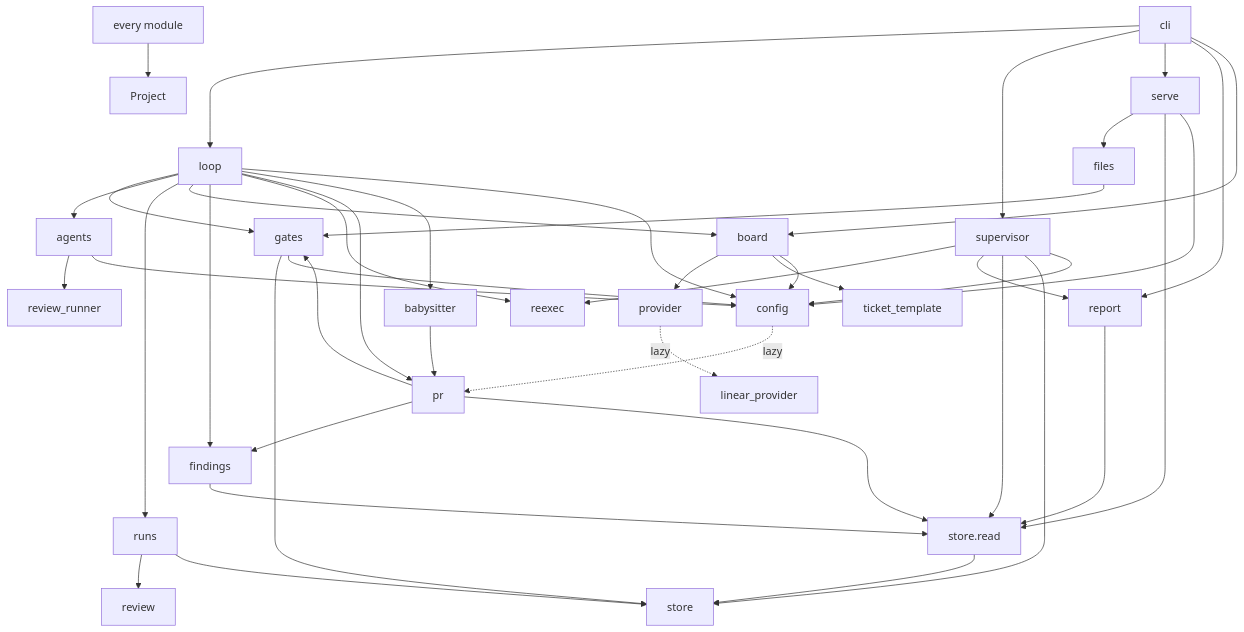
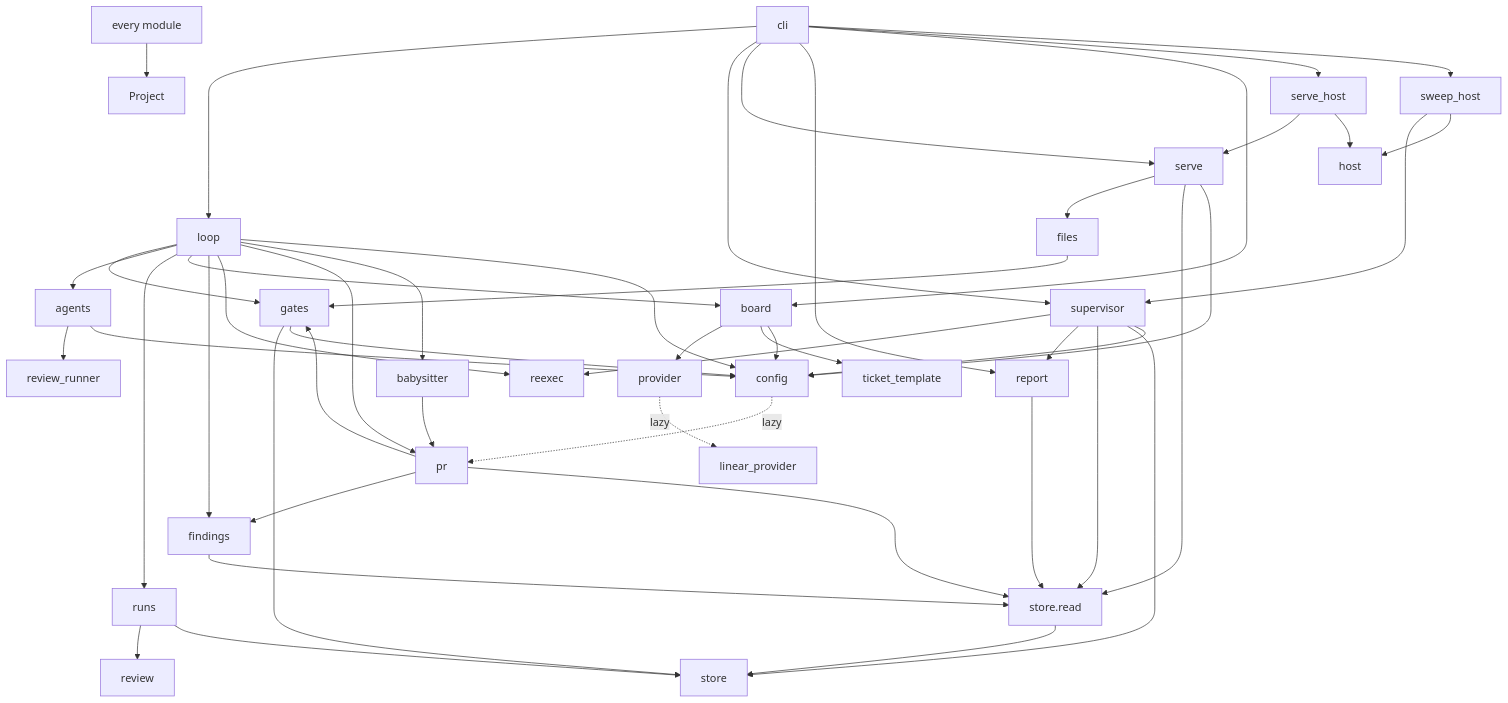
One commit to wevial/holophyte changed the diagram in docs/architecture/components.md. Above: the diagram before and after it, drawn with Mermaid. The commit also changed other lines of this file and 15 other files, not shown here.

First line of the commit message:
consolidation stage 4: operating, hosts, http, daemon, config and architecture docs for one daemon per host

````diff
--- a/docs/architecture/components.md
+++ b/docs/architecture/components.md
@@ -27,45 +28,51 @@
 ```mermaid
 flowchart TB
   cli[cli] --> loop
   cli --> supervisor
   cli --> serve
   cli --> report
   cli --> board
   loop --> gates
   loop --> agents
   loop --> runs
   loop --> board
   loop --> findings
   loop --> reexec
   loop --> pr
   loop --> babysitter
   babysitter --> pr
   pr --> findings
   pr --> gates
   pr --> read
   files --> gates
   serve --> files
   config -.lazy.-> pr
   supervisor --> reexec
   supervisor --> report
   agents --> review_runner[review_runner]
   runs --> review
   runs --> store
   gates --> store
   board --> provider
   board --> ticket_template[ticket_template]
   provider -.lazy.-> linear_provider[linear_provider]
   findings --> read[store.read]
   report --> read
   serve --> read
   supervisor --> read
   supervisor --> store
   read --> store
   loop --> config
   supervisor --> config
   serve --> config
   gates --> config
   agents --> config
   board --> config
+  cli --> serve_host
+  cli --> sweep_host
+  serve_host --> serve
+  serve_host --> host
+  sweep_host --> supervisor
+  sweep_host --> host
   everything[every module] --> project[Project]
 ```
````
